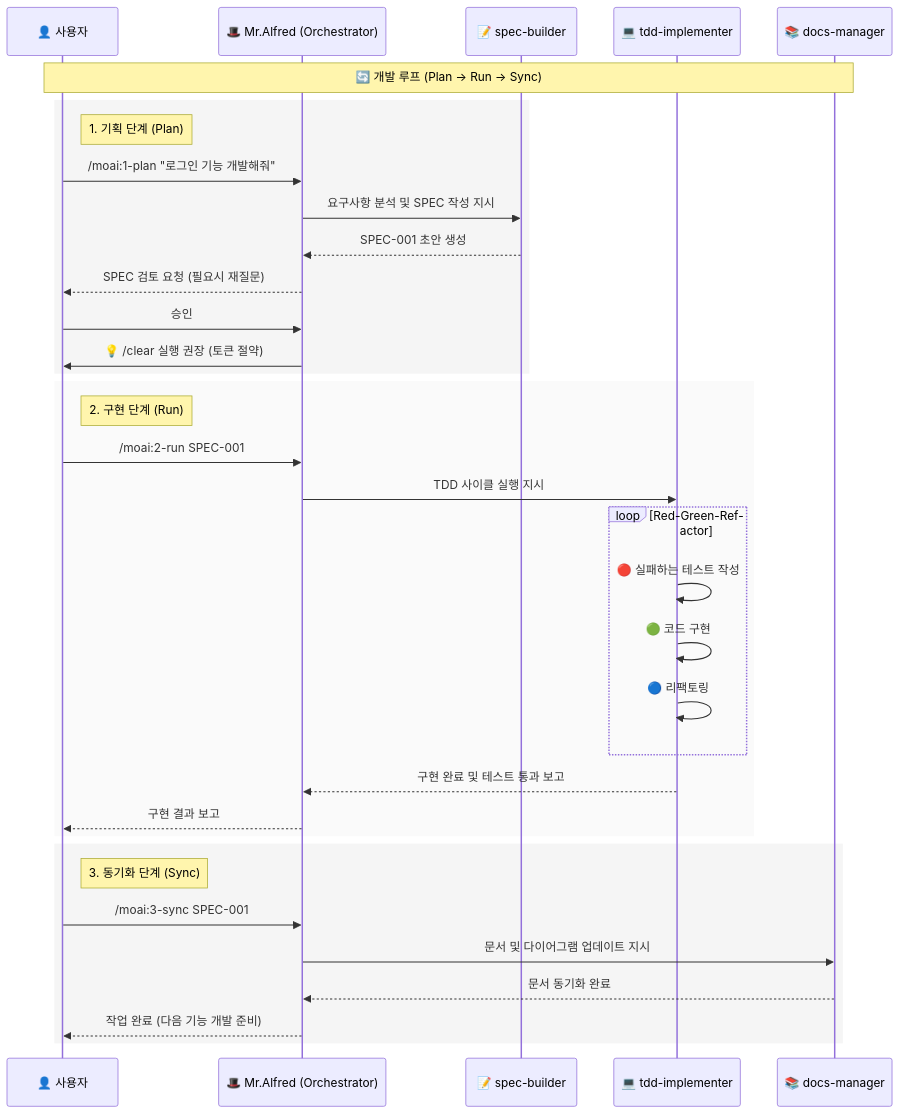
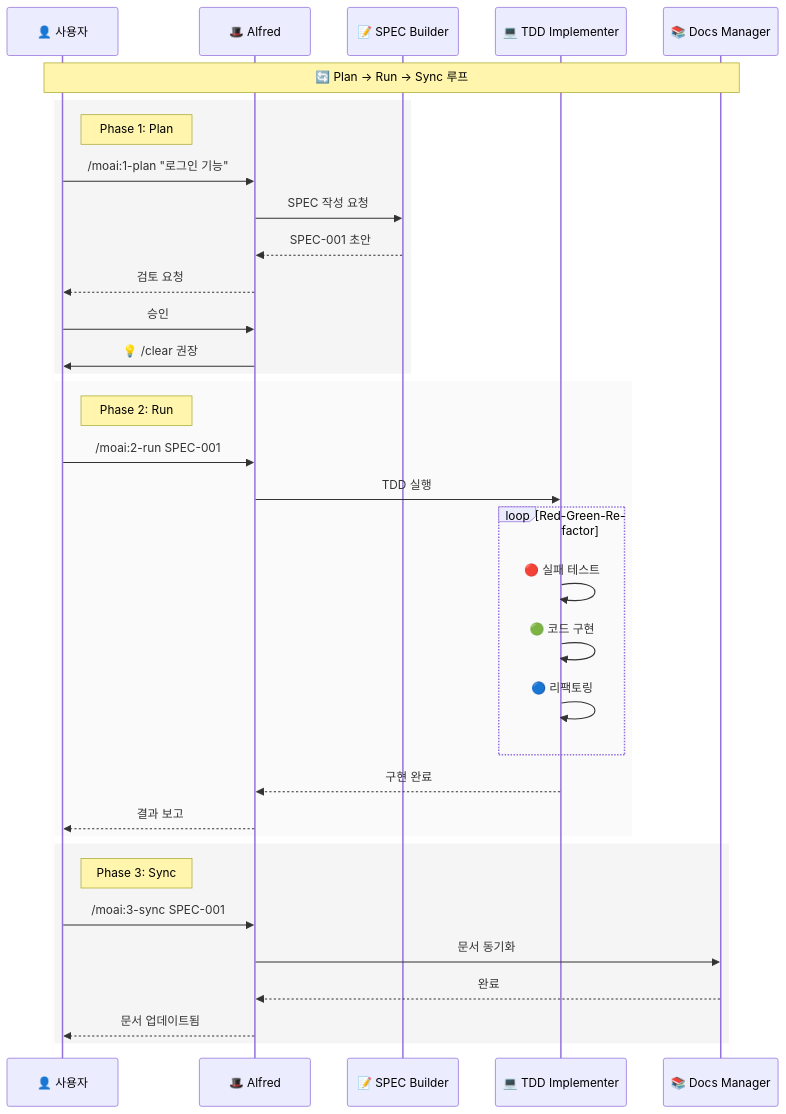
The second of 7 diagrams in README.ko.md (modu-ai/moai-adk), drawn with Mermaid before and after one commit. The commit also changed other lines of this file and 2 other files, not shown here.

First line of the commit message:
docs(sync): Complete SPEC-SKILL-PORTFOLIO-OPT-001 documentation synchronization

````diff
--- a/README.ko.md
+++ b/README.ko.md
@@ -162,41 +192,41 @@
 ```mermaid
 sequenceDiagram
-    participant User as 👤 사용자
-    participant Alfred as 🎩 Mr.Alfred (Orchestrator)
-    participant SpecAgent as 📝 spec-builder
-    participant TddAgent as 💻 tdd-implementer
-    participant DocsAgent as 📚 docs-manager
+    participant U as 👤 사용자
+    participant A as 🎩 Alfred
+    participant S as 📝 SPEC Builder
+    participant T as 💻 TDD Implementer
+    participant D as 📚 Docs Manager
 
-    Note over User, DocsAgent: 🔄 개발 루프 (Plan -> Run -> Sync)
+    Note over U,D: 🔄 Plan → Run → Sync 루프
 
     rect rgb(245, 245, 245)
-        Note right of User: 1. 기획 단계 (Plan)
-        User->>Alfred: /moai:1-plan "로그인 기능 개발해줘"
-        Alfred->>SpecAgent: 요구사항 분석 및 SPEC 작성 지시
-        SpecAgent-->>Alfred: SPEC-001 초안 생성
-        Alfred-->>User: SPEC 검토 요청 (필요시 재질문)
-        User->>Alfred: 승인
-        Alfred->>User: 💡 /clear 실행 권장 (토큰 절약)
+        Note right of U: Phase 1: Plan
+        U->>A: /moai:1-plan "로그인 기능"
+        A->>S: SPEC 작성 요청
+        S-->>A: SPEC-001 초안
+        A-->>U: 검토 요청
+        U->>A: 승인
+        A->>U: 💡 /clear 권장
     end
 
     rect rgb(250, 250, 250)
-        Note right of User: 2. 구현 단계 (Run)
-        User->>Alfred: /moai:2-run SPEC-001
-        Alfred->>TddAgent: TDD 사이클 실행 지시
+        Note right of U: Phase 2: Run
+        U->>A: /moai:2-run SPEC-001
+        A->>T: TDD 실행
         loop Red-Green-Refactor
-            TddAgent->>TddAgent: 🔴 실패하는 테스트 작성
-            TddAgent->>TddAgent: 🟢 코드 구현
-            TddAgent->>TddAgent: 🔵 리팩토링
+            T->>T: 🔴 실패 테스트
+            T->>T: 🟢 코드 구현
+            T->>T: 🔵 리팩토링
         end
-        TddAgent-->>Alfred: 구현 완료 및 테스트 통과 보고
-        Alfred-->>User: 구현 결과 보고
+        T-->>A: 구현 완료
+        A-->>U: 결과 보고
     end
 
     rect rgb(245, 245, 245)
-        Note right of User: 3. 동기화 단계 (Sync)
-        User->>Alfred: /moai:3-sync SPEC-001
-        Alfred->>DocsAgent: 문서 및 다이어그램 업데이트 지시
-        DocsAgent-->>Alfred: 문서 동기화 완료
-        Alfred-->>User: 작업 완료 (다음 기능 개발 준비)
+        Note right of U: Phase 3: Sync
+        U->>A: /moai:3-sync SPEC-001
+        A->>D: 문서 동기화
+        D-->>A: 완료
+        A-->>U: 문서 업데이트됨
     end
 ```
````
